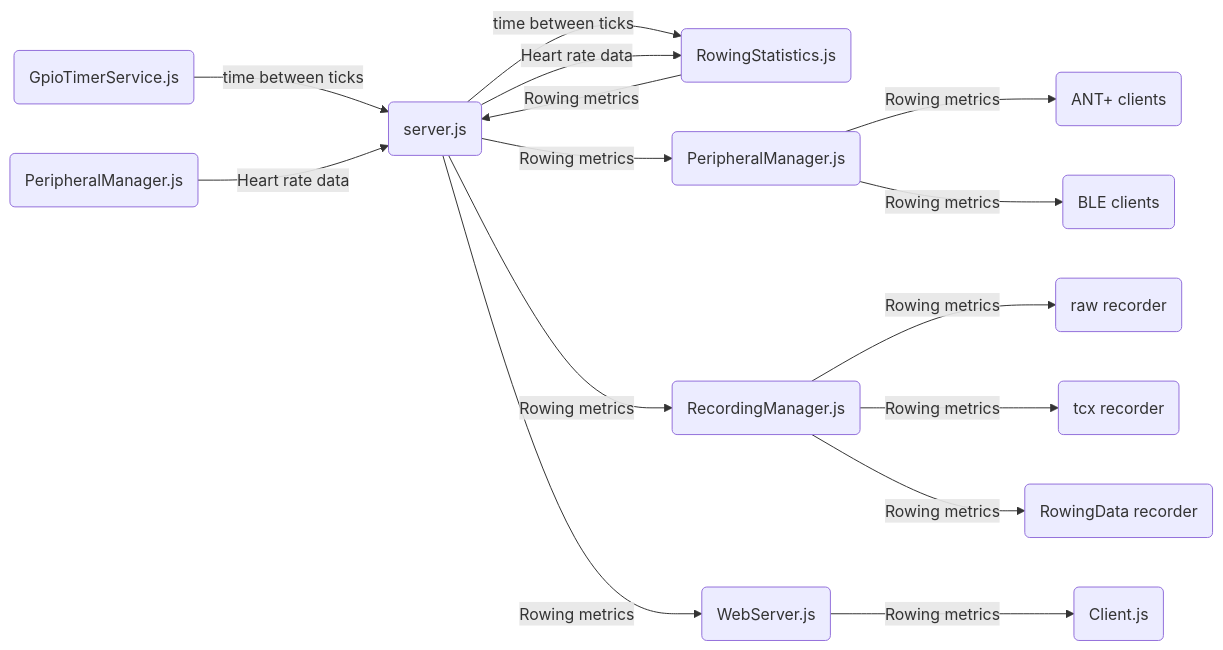
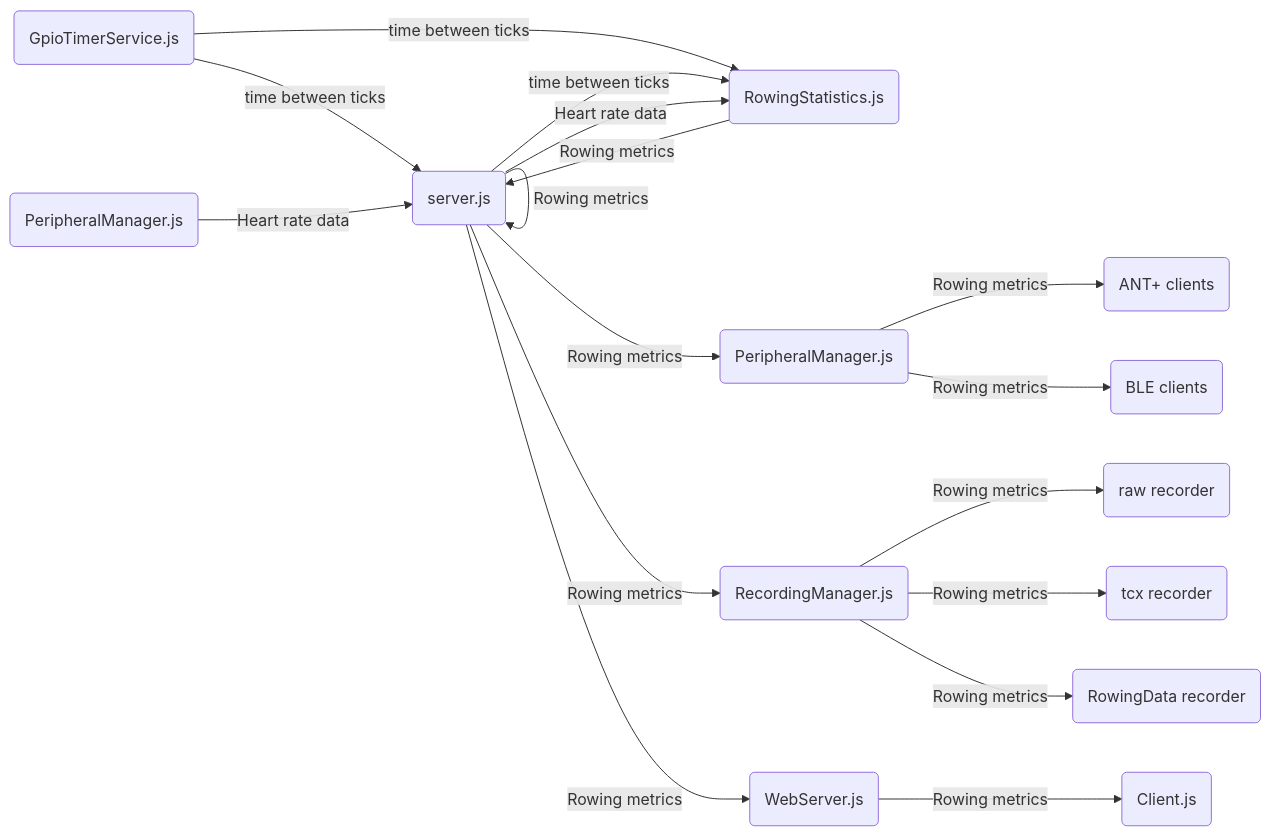
One commit to laberning/openrowingmonitor changed the first of 5 diagrams in docs/Architecture.md. Above: the diagram before and after it, drawn with Mermaid.

````diff
--- a/docs/Architecture.md
+++ b/docs/Architecture.md
@@ -20,17 +20,16 @@
 ```mermaid
 flowchart LR
-A(GpioTimerService.js) -->|time between ticks| B(server.js)
+A(GpioTimerService.js) -->|time between ticks| B(server.js) & D(RowingStatistics.js) -->|Rowing metrics| B(server.js)
 B(server.js) -->|time between ticks| D(RowingStatistics.js)
-D(RowingStatistics.js) -->|Rowing metrics| B(server.js)
 C(PeripheralManager.js) -->|Heart rate data| B(server.js)
 B(server.js) -->|Heart rate data| D(RowingStatistics.js)
 B(server.js) -->|Rowing metrics| E(PeripheralManager.js)
 E(PeripheralManager.js) -->|Rowing metrics| F(ANT+ clients)
 E(PeripheralManager.js) -->|Rowing metrics| G(BLE clients)
 B(server.js) -->|Rowing metrics| H(RecordingManager.js)
 H(RecordingManager.js) -->|Rowing metrics| I(raw recorder)
 H(RecordingManager.js) -->|Rowing metrics| J(tcx recorder)
 H(RecordingManager.js) -->|Rowing metrics| K(RowingData recorder)
 B(server.js) -->|Rowing metrics| L(WebServer.js)
 L(WebServer.js) -->|Rowing metrics| M(Client.js)
 ```
````
